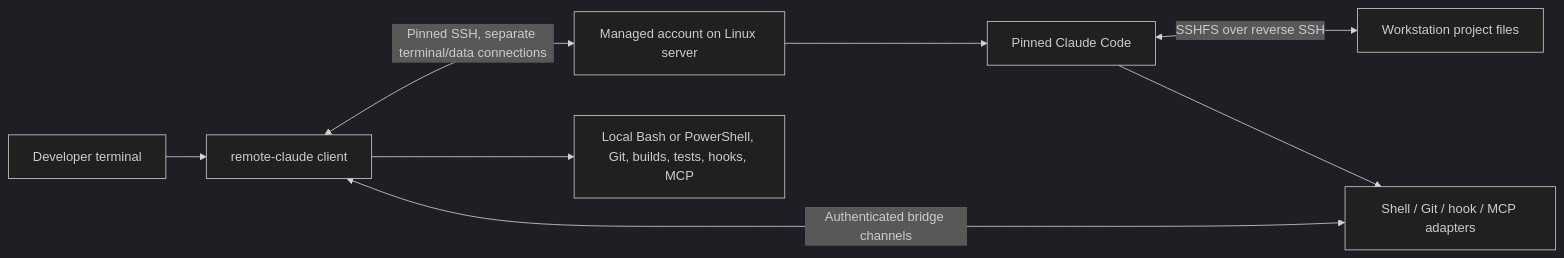
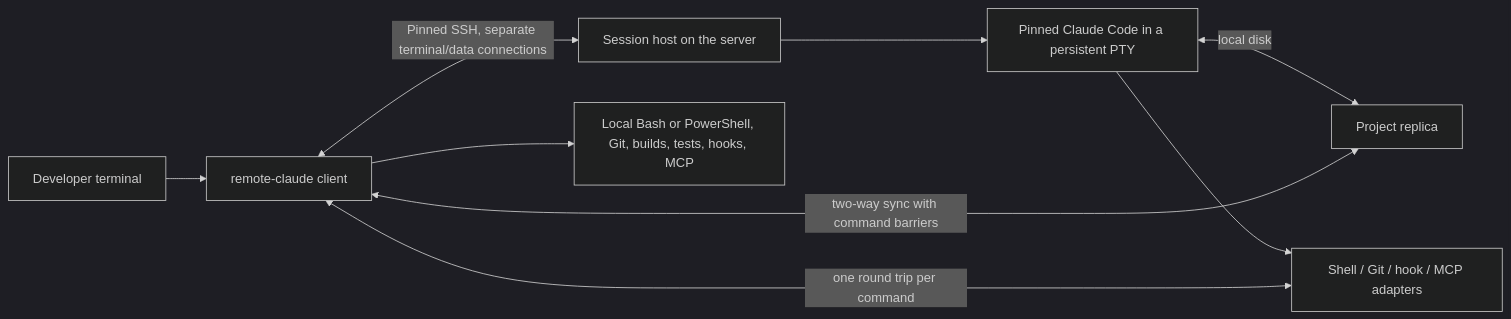
The diagram in README.md (loviglass/remote-claude-public), drawn with Mermaid (dark theme) before and after one commit. The commit also changed other lines of this file and 43 other files, not shown here.

First line of the commit message:
Replica synchronisation, persistent sessions and autonomous server jobs

````diff
--- a/README.md
+++ b/README.md
@@ -45,10 +45,11 @@
 ```mermaid
 flowchart LR
     U[Developer terminal] --> C[remote-claude client]
-    C <-->|Pinned SSH, separate terminal/data connections| S[Managed account on Linux server]
-    S --> A[Pinned Claude Code]
-    A <-->|SSHFS over reverse SSH| F[Workstation project files]
+    C <-->|Pinned SSH, separate terminal/data connections| H[Session host on the server]
+    H --> A[Pinned Claude Code in a persistent PTY]
+    A <-->|local disk| R[Project replica]
+    R <-->|two-way sync with command barriers| C
     A --> P[Shell / Git / hook / MCP adapters]
-    P <-->|Authenticated bridge channels| C
+    P <-->|one round trip per command| C
     C --> B[Local Bash or PowerShell, Git, builds, tests, hooks, MCP]
 ```
````
